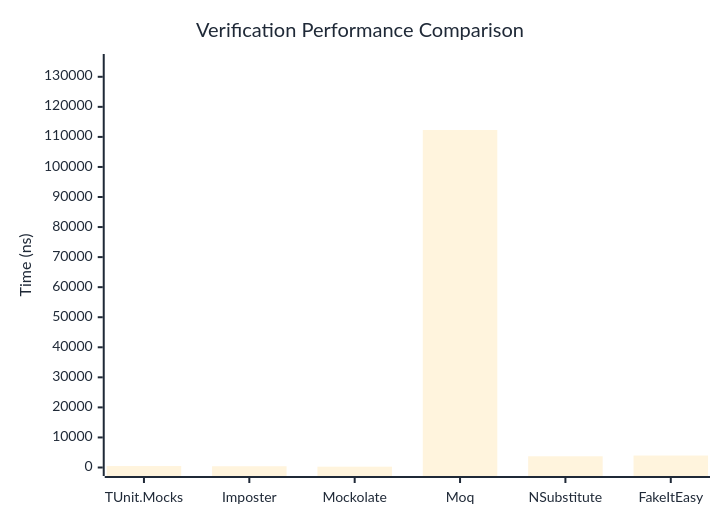
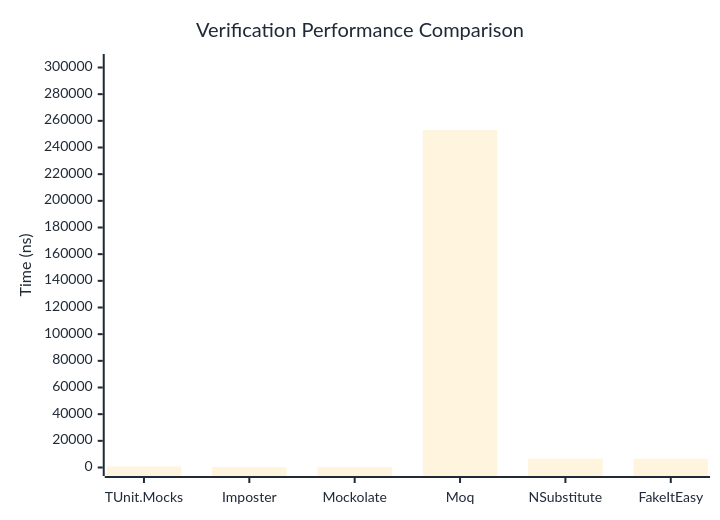
Before and after one commit to thomhurst/TUnit: the first of 3 diagrams in docs/docs/benchmarks/mocks/Verification.md, drawn with Mermaid. The commit also changed other lines of this file and 14 other files, not shown here.

````diff
--- a/docs/docs/benchmarks/mocks/Verification.md
+++ b/docs/docs/benchmarks/mocks/Verification.md
@@ -30,27 +30,27 @@
 ```mermaid
 %%{init: {
   'theme':'base',
   'themeVariables': {
     'primaryColor': '#2563eb',
     'primaryTextColor': '#1f2937',
     'primaryBorderColor': '#1e40af',
     'lineColor': '#6b7280',
     'secondaryColor': '#7c3aed',
     'tertiaryColor': '#dc2626',
     'background': '#ffffff',
     'pie1': '#2563eb',
     'pie2': '#7c3aed',
     'pie3': '#dc2626',
     'pie4': '#f59e0b',
     'pie5': '#10b981',
     'pie6': '#06b6d4',
     'pie7': '#ec4899',
     'pie8': '#6366f1'
   }
 }}%%
 xychart-beta
   title "Verification Performance Comparison"
   x-axis ["TUnit.Mocks", "Imposter", "Mockolate", "Moq", "NSubstitute", "FakeItEasy"]
-  y-axis "Time (ns)" 0 --> 134756
-  bar [484.61, 418.23, 274.48, 112296.19, 3737.67, 3979.71]
+  y-axis "Time (ns)" 0 --> 303746
+  bar [777.77, 366.14, 400.77, 253121.4, 6612.57, 6566.35]
 ```
````
